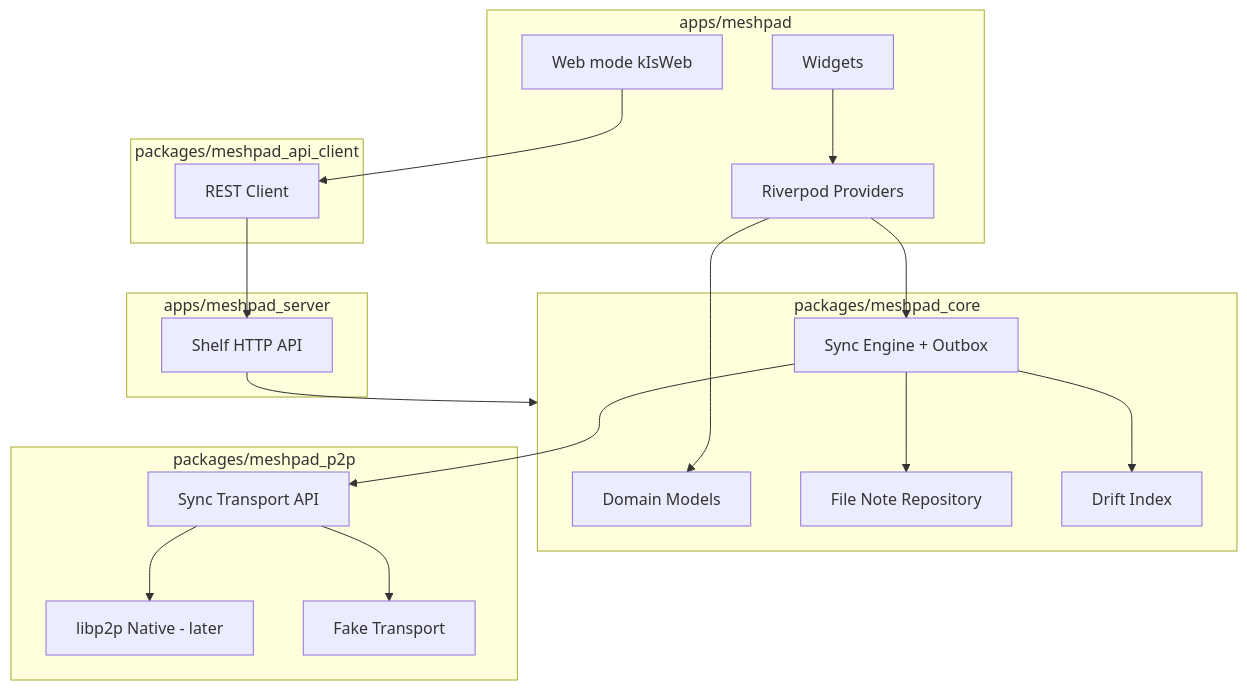
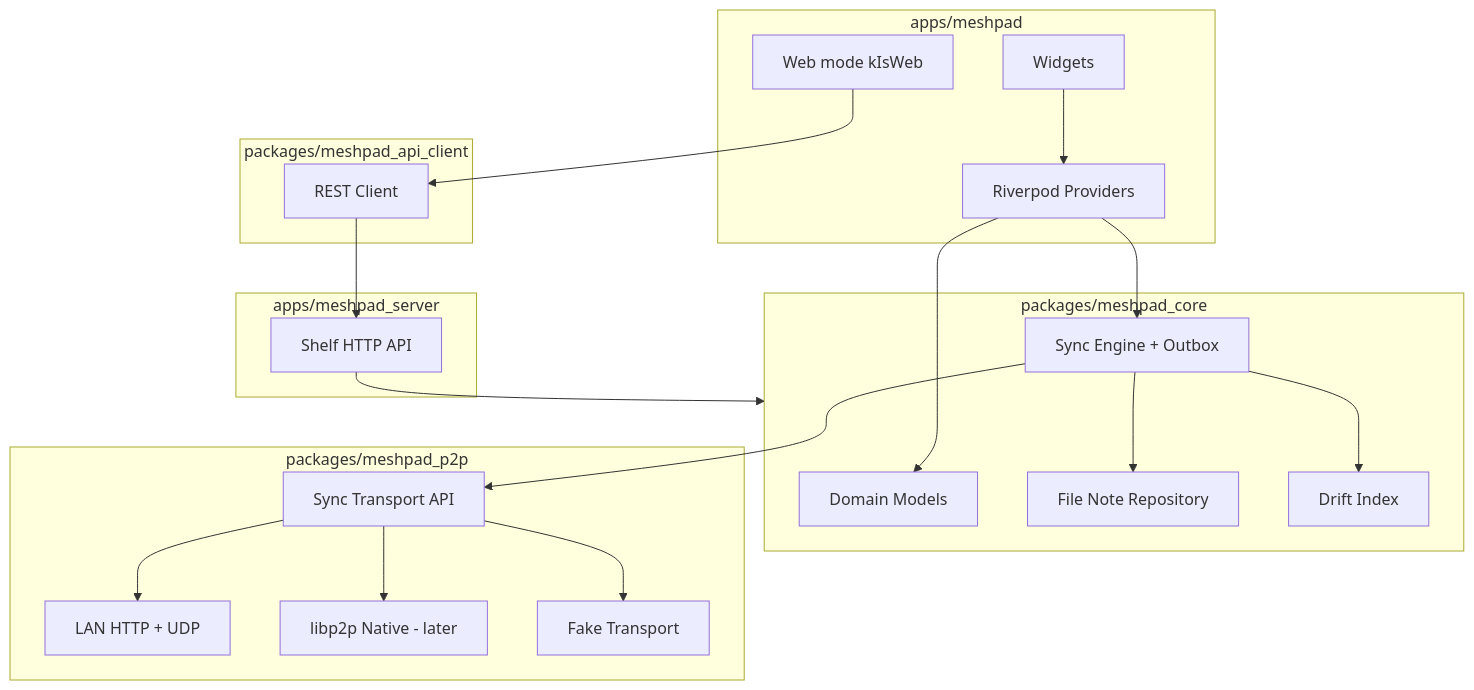
The diagram in docs/ARCHITECTURE.md (Jawerka/MeshPad), drawn with Mermaid before and after one commit. The commit also changed other lines of this file and 29 other files, not shown here.

````diff
--- a/docs/ARCHITECTURE.md
+++ b/docs/ARCHITECTURE.md
@@ -5,36 +5,38 @@
 ```mermaid
 flowchart TB
   subgraph ui [apps/meshpad]
     Widgets[Widgets]
     Providers[Riverpod Providers]
     WebMode[Web mode kIsWeb]
   end
   subgraph api [packages/meshpad_api_client]
     HttpClient[REST Client]
   end
   subgraph server [apps/meshpad_server]
     HttpApi[Shelf HTTP API]
   end
   subgraph core [packages/meshpad_core]
     Domain[Domain Models]
     FS[File Note Repository]
     DB[Drift Index]
     Sync[Sync Engine + Outbox]
   end
   subgraph p2p [packages/meshpad_p2p]
     Transport[Sync Transport API]
+    Lan[LAN HTTP + UDP]
     Native[libp2p Native - later]
     Fake[Fake Transport]
   end
   Widgets --> Providers
   WebMode --> HttpClient
   HttpClient --> HttpApi
   HttpApi --> core
   Providers --> Domain
   Providers --> Sync
   Sync --> FS
   Sync --> DB
   Sync --> Transport
+  Transport --> Lan
   Transport --> Fake
   Transport --> Native
 ```
````
